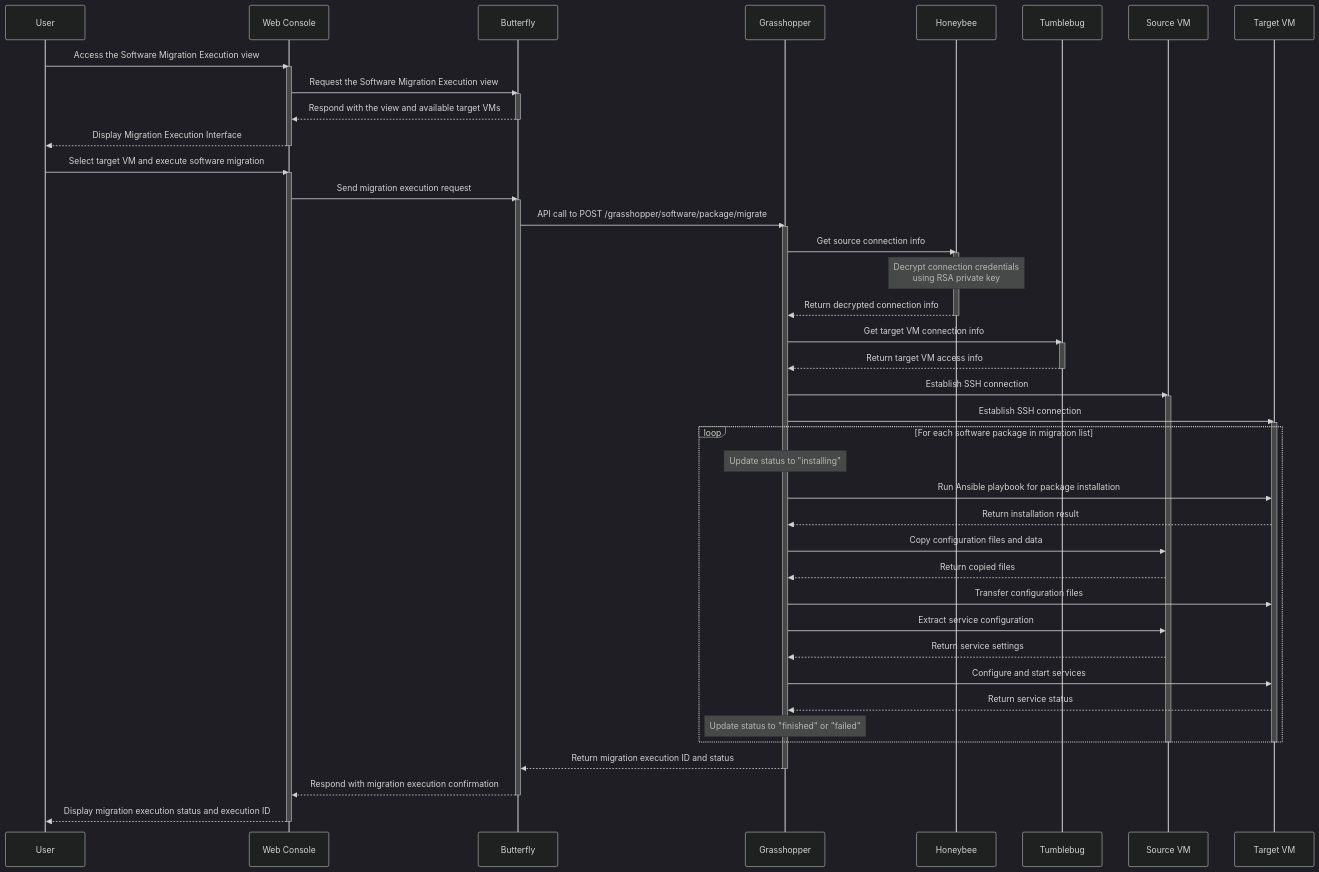
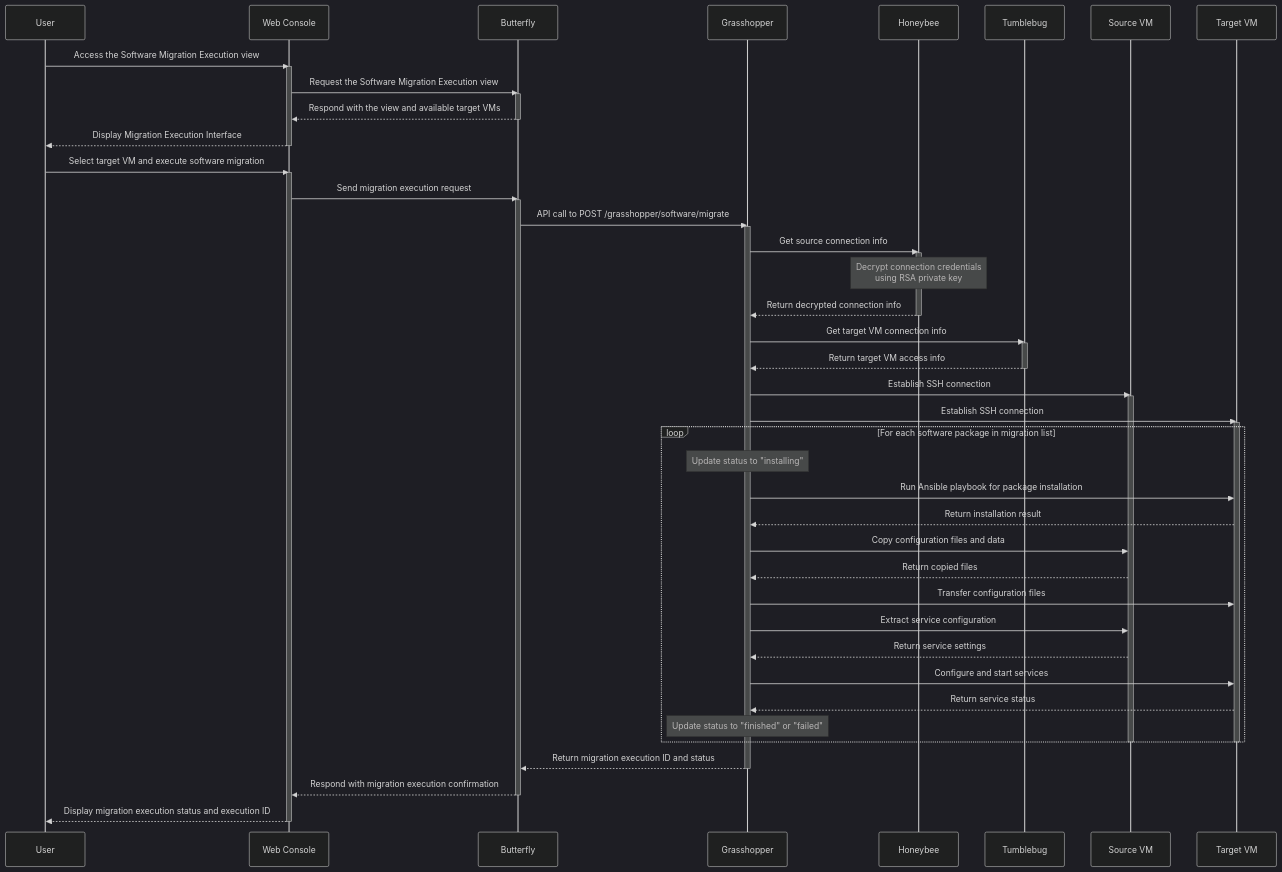
Before and after one commit to cloud-barista/cloud-migrator: the fifth of 6 diagrams in docs/02-user-scenario-for-software-migration.md, drawn with Mermaid (dark theme). The commit also changed other lines of this file, not shown here.

````diff
--- a/docs/02-user-scenario-for-software-migration.md
+++ b/docs/02-user-scenario-for-software-migration.md
@@ -268,74 +268,74 @@
 ```mermaid
 sequenceDiagram
     participant User as User
     participant Browser as Web Console
     participant Butterfly as Butterfly
     participant Grasshopper as Grasshopper
     participant Honeybee as Honeybee
     participant Tumblebug as Tumblebug
     participant SourceVM as Source VM
     participant TargetVM as Target VM
 
     %% Step 0: User accesses Software Migration Execution View
     User->>Browser: Access the Software Migration Execution view
     activate Browser
     Browser->>Butterfly: Request the Software Migration Execution view
     activate Butterfly
     Butterfly-->>Browser: Respond with the view and available target VMs
     deactivate Butterfly
     Browser-->>User: Display Migration Execution Interface
     deactivate Browser
 
     %% Step 1: Select Target and Execute Migration
     User->>Browser: Select target VM and execute software migration
     activate Browser
     Browser->>Butterfly: Send migration execution request
     activate Butterfly
-    Butterfly->>Grasshopper: API call to POST /grasshopper/software/package/migrate
+    Butterfly->>Grasshopper: API call to POST /grasshopper/software/migrate
     activate Grasshopper
     
     %% Establish SSH connections
     Grasshopper->>Honeybee: Get source connection info
     activate Honeybee
     Note over Honeybee: Decrypt connection credentials<br/>using RSA private key
     Honeybee-->>Grasshopper: Return decrypted connection info
     deactivate Honeybee
     
     Grasshopper->>Tumblebug: Get target VM connection info
     activate Tumblebug
     Tumblebug-->>Grasshopper: Return target VM access info
     deactivate Tumblebug
     
     Grasshopper->>SourceVM: Establish SSH connection
     activate SourceVM
     Grasshopper->>TargetVM: Establish SSH connection  
     activate TargetVM
     
     %% Execute migration for each software package
     loop For each software package in migration list
         Note over Grasshopper: Update status to "installing"
         Grasshopper->>TargetVM: Run Ansible playbook for package installation
         TargetVM-->>Grasshopper: Return installation result
         
         Grasshopper->>SourceVM: Copy configuration files and data
         SourceVM-->>Grasshopper: Return copied files
         Grasshopper->>TargetVM: Transfer configuration files
         
         Grasshopper->>SourceVM: Extract service configuration
         SourceVM-->>Grasshopper: Return service settings
         Grasshopper->>TargetVM: Configure and start services
         TargetVM-->>Grasshopper: Return service status
         
         Note over Grasshopper: Update status to "finished" or "failed"
     end
     
     deactivate SourceVM
     deactivate TargetVM
     
     Grasshopper-->>Butterfly: Return migration execution ID and status
     deactivate Grasshopper
     Butterfly-->>Browser: Respond with migration execution confirmation
     deactivate Butterfly
     Browser-->>User: Display migration execution status and execution ID
     deactivate Browser
 ```
````
